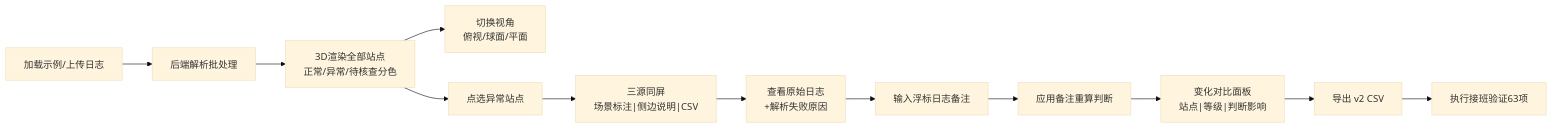
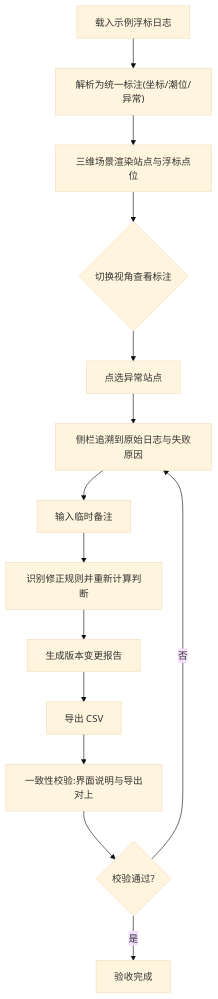
Before and after one commit to lizyyy/solo: the diagram in zy73133/.trae/documents/prd.md, drawn with Mermaid (base theme). The commit also changed other lines of this file and 39 other files, not shown here.

````diff
--- a/zy73133/.trae/documents/prd.md
+++ b/zy73133/.trae/documents/prd.md
@@ -48,14 +38,16 @@
 ```mermaid
-flowchart LR
-    A["加载示例/上传日志"] --> B["后端解析批处理"]
-    B --> C["3D渲染全部站点<br/>正常/异常/待核查分色"]
-    C --> D["切换视角<br/>俯视/球面/平面"]
-    C --> E["点选异常站点"]
-    E --> F["三源同屏<br/>场景标注|侧边说明|CSV"]
-    F --> G["查看原始日志<br/>+解析失败原因"]
-    G --> H["输入浮标日志备注"]
-    H --> I["应用备注重算判断"]
-    I --> J["变化对比面板<br/>站点|等级|判断影响"]
-    J --> K["导出 v2 CSV"]
-    K --> L["执行接班验证63项"]
+flowchart TD
+    A["载入示例浮标日志"] --> B["解析为统一标注(坐标/潮位/异常)"]
+    B --> C["三维场景渲染站点与浮标点位"]
+    C --> D{"切换视角查看标注"}
+    D --> E["点选异常站点"]
+    E --> F["侧栏追溯到原始日志与失败原因"]
+    F --> G["输入临时备注"]
+    G --> H["识别修正规则并重新计算判断"]
+    H --> I["生成版本变更报告"]
+    I --> J["导出 CSV"]
+    J --> K["一致性校验:界面说明与导出对上"]
+    K --> L{"校验通过?"}
+    L -->|"是"| M["验收完成"]
+    L -->|"否"| F
 ```
````
